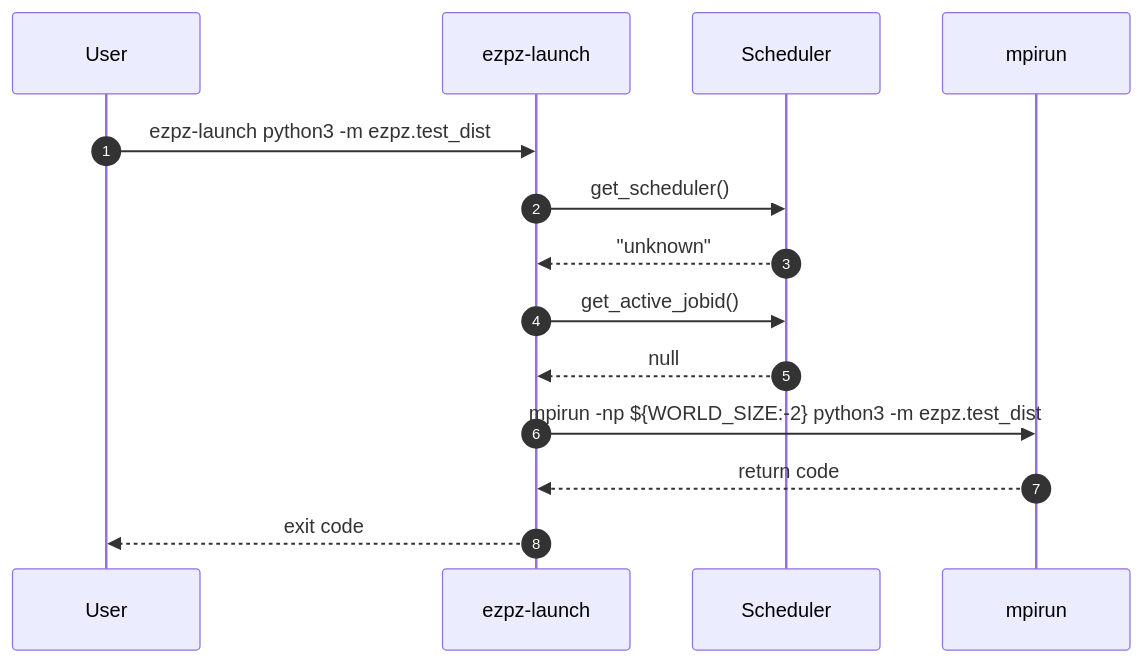
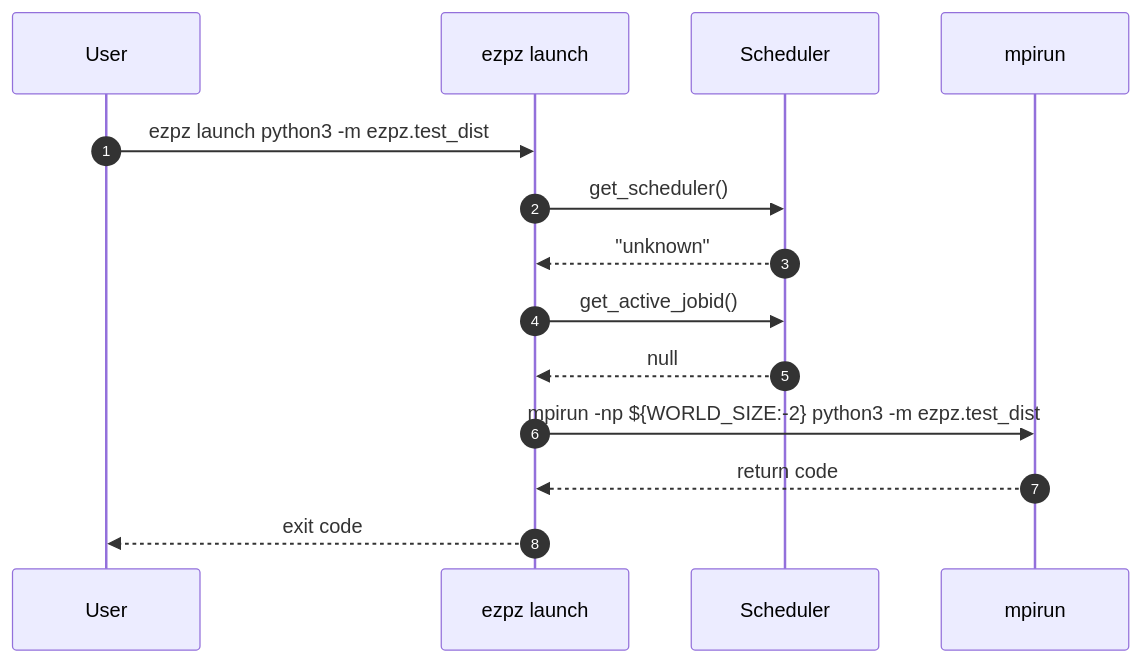
The second of 3 diagrams in docs/launch.md (saforem2/ezpz), drawn with Mermaid before and after one commit. The commit also changed other lines of this file and 11 other files, not shown here.

````diff
--- a/docs/launch.md
+++ b/docs/launch.md
@@ -67,17 +71,17 @@
 ```mermaid
 sequenceDiagram
     autonumber
     participant User
-    participant CLI as ezpz-launch
+    participant CLI as ezpz launch
     participant Scheduler
     participant MPI as mpirun
 
-    User->>CLI: ezpz-launch python3 -m ezpz.test_dist
+    User->>CLI: ezpz launch python3 -m ezpz.test_dist
     CLI->>Scheduler: get_scheduler()
     Scheduler-->>CLI: "unknown"
     CLI->>Scheduler: get_active_jobid()
     Scheduler-->>CLI: null
     CLI->>MPI: mpirun -np ${WORLD_SIZE:-2} python3 -m ezpz.test_dist
     MPI-->>CLI: return code
     CLI-->>User: exit code
 ```
````
